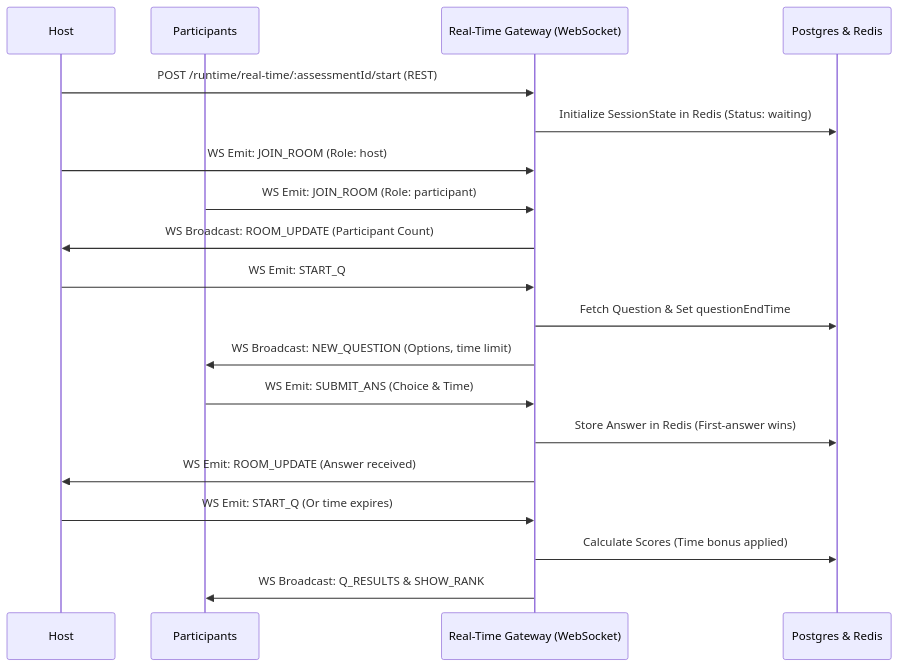
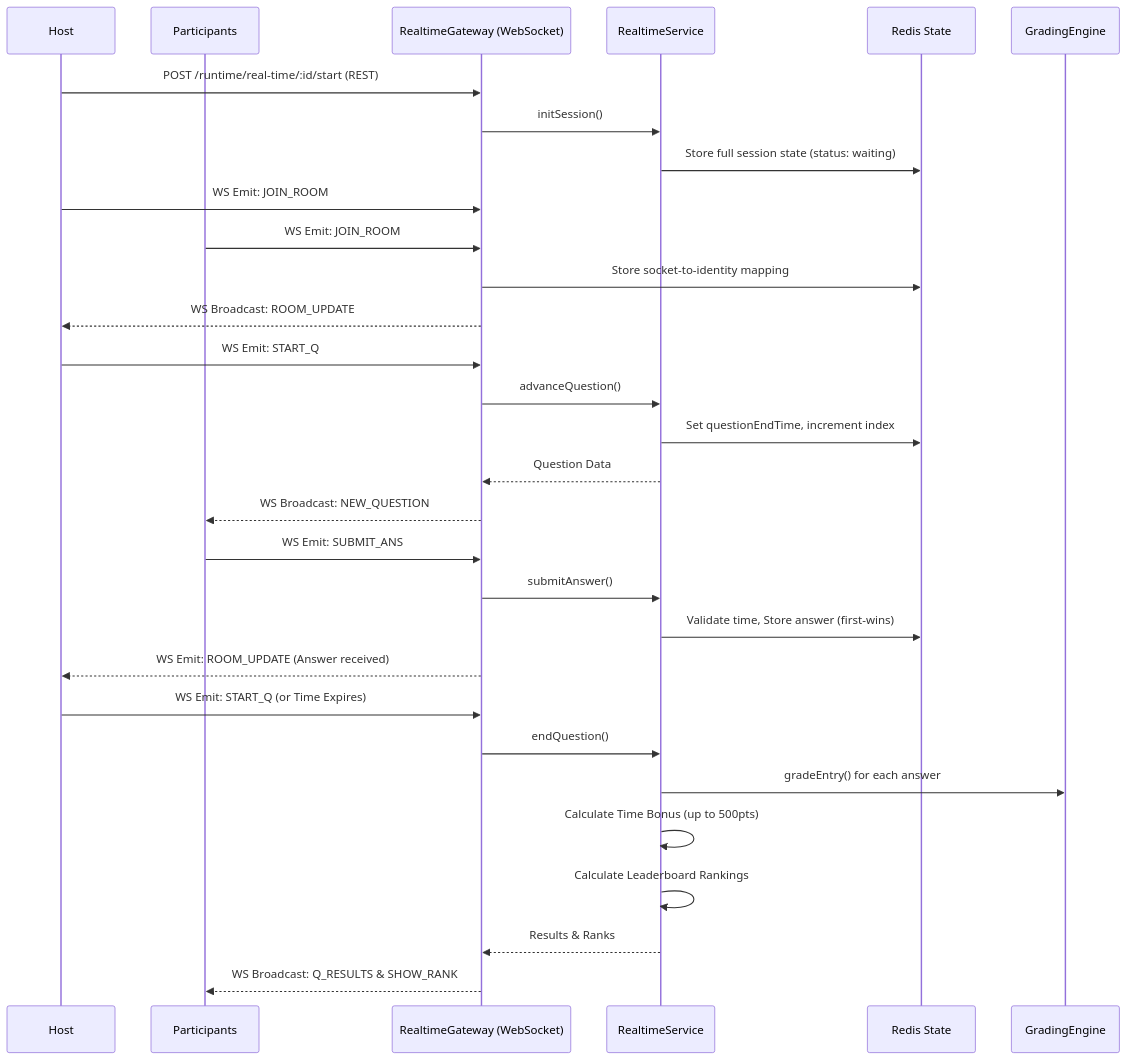
Before and after one commit to KhornMolika/assessment-service-backend: the fifth of 8 diagrams in system.md, drawn with Mermaid. The commit also changed other lines of this file and 21 other files, not shown here.

````diff
--- a/system.md
+++ b/system.md
@@ -107,25 +292,37 @@
 ```mermaid
 sequenceDiagram
     participant H as Host
     participant P as Participants
-    participant API as Real-Time Gateway (WebSocket)
-    participant DB as Postgres & Redis
+    participant API as RealtimeGateway (WebSocket)
+    participant RS as RealtimeService
+    participant Redis as Redis State
+    participant GE as GradingEngine
 
-    H->>API: POST /runtime/real-time/:assessmentId/start (REST)
-    API->>DB: Initialize SessionState in Redis (Status: waiting)
-    H->>API: WS Emit: JOIN_ROOM (Role: host)
-    P->>API: WS Emit: JOIN_ROOM (Role: participant)
-    API->>H: WS Broadcast: ROOM_UPDATE (Participant Count)
+    H->>API: POST /runtime/real-time/:id/start (REST)
+    API->>RS: initSession()
+    RS->>Redis: Store full session state (status: waiting)
+
+    H->>API: WS Emit: JOIN_ROOM
+    P->>API: WS Emit: JOIN_ROOM
+    API->>Redis: Store socket-to-identity mapping
+    API-->>H: WS Broadcast: ROOM_UPDATE
 
     H->>API: WS Emit: START_Q
-    API->>DB: Fetch Question & Set questionEndTime
-    API->>P: WS Broadcast: NEW_QUESTION (Options, time limit)
+    API->>RS: advanceQuestion()
+    RS->>Redis: Set questionEndTime, increment index
+    RS-->>API: Question Data
+    API-->>P: WS Broadcast: NEW_QUESTION
 
-    P->>API: WS Emit: SUBMIT_ANS (Choice & Time)
-    API->>DB: Store Answer in Redis (First-answer wins)
-    API->>H: WS Emit: ROOM_UPDATE (Answer received)
+    P->>API: WS Emit: SUBMIT_ANS
+    API->>RS: submitAnswer()
+    RS->>Redis: Validate time, Store answer (first-wins)
+    API-->>H: WS Emit: ROOM_UPDATE (Answer received)
 
-    H->>API: WS Emit: START_Q (Or time expires)
-    API->>DB: Calculate Scores (Time bonus applied)
-    API->>P: WS Broadcast: Q_RESULTS & SHOW_RANK
+    H->>API: WS Emit: START_Q (or Time Expires)
+    API->>RS: endQuestion()
+    RS->>GE: gradeEntry() for each answer
+    RS->>RS: Calculate Time Bonus (up to 500pts)
+    RS->>RS: Calculate Leaderboard Rankings
+    RS-->>API: Results & Ranks
+    API-->>P: WS Broadcast: Q_RESULTS & SHOW_RANK
 ```
````
